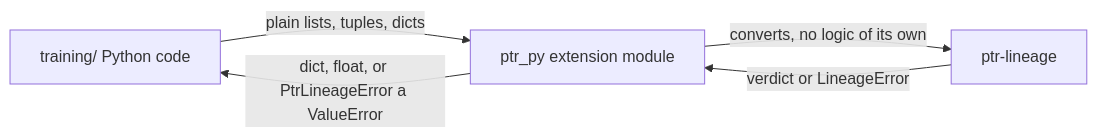
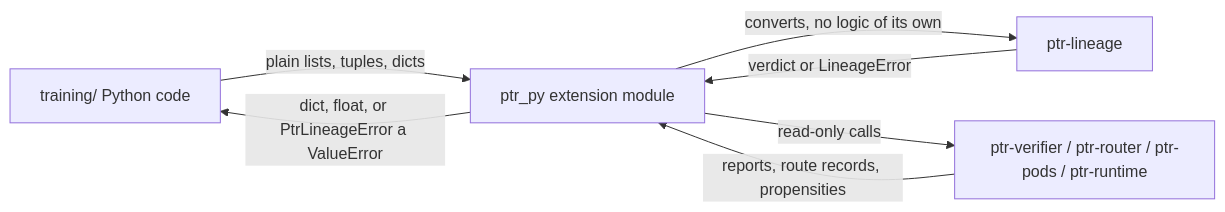
One commit to xrey167/PTR changed the diagram in bindings/ptr-py/README.md. Above: the diagram before and after it, drawn with Mermaid. The commit also changed other lines of this file and 15 other files, not shown here.

````diff
--- a/bindings/ptr-py/README.md
+++ b/bindings/ptr-py/README.md
@@ -6,7 +6,9 @@
 ```mermaid
 flowchart LR
     T[training/ Python code] -->|plain lists, tuples, dicts| P[ptr_py extension module]
     P -->|converts, no logic of its own| L[ptr-lineage]
+    P -->|read-only calls| V[ptr-verifier / ptr-router / ptr-pods / ptr-runtime]
+    V -->|reports, route records, propensities| P
     L -->|verdict or LineageError| P
     P -->|dict, float, or PtrLineageError a ValueError| T
 ```
````
